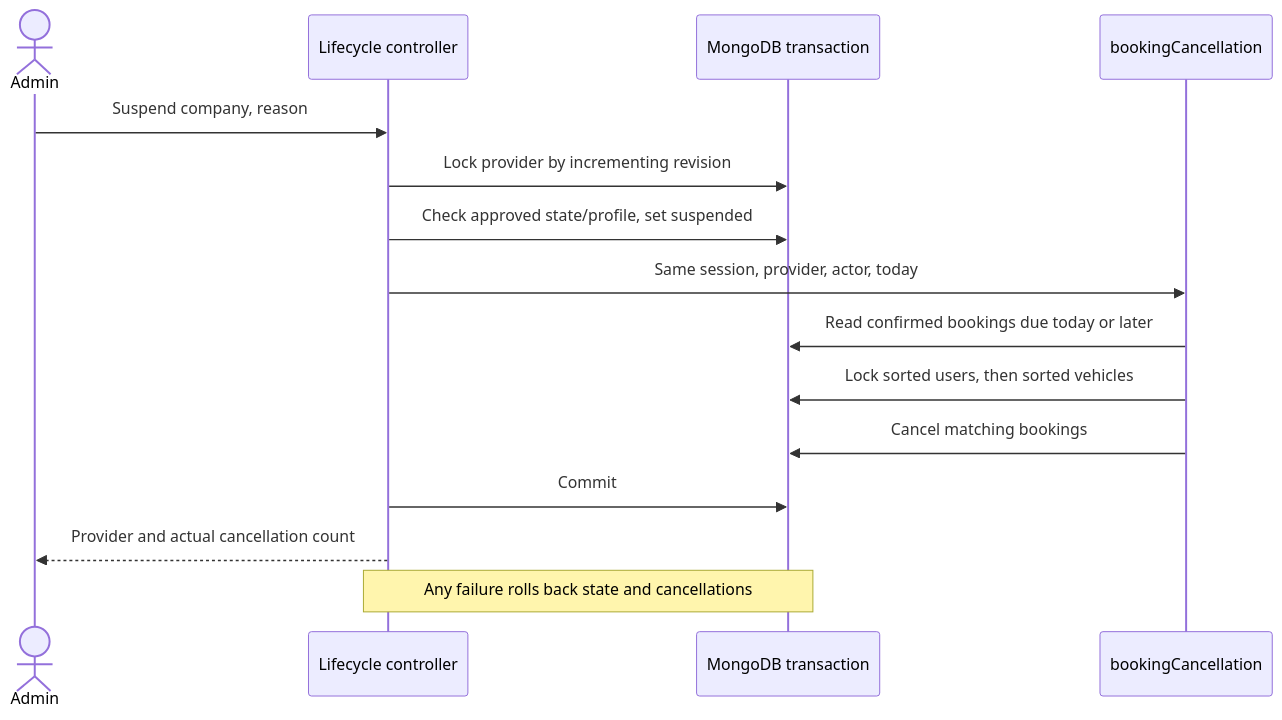
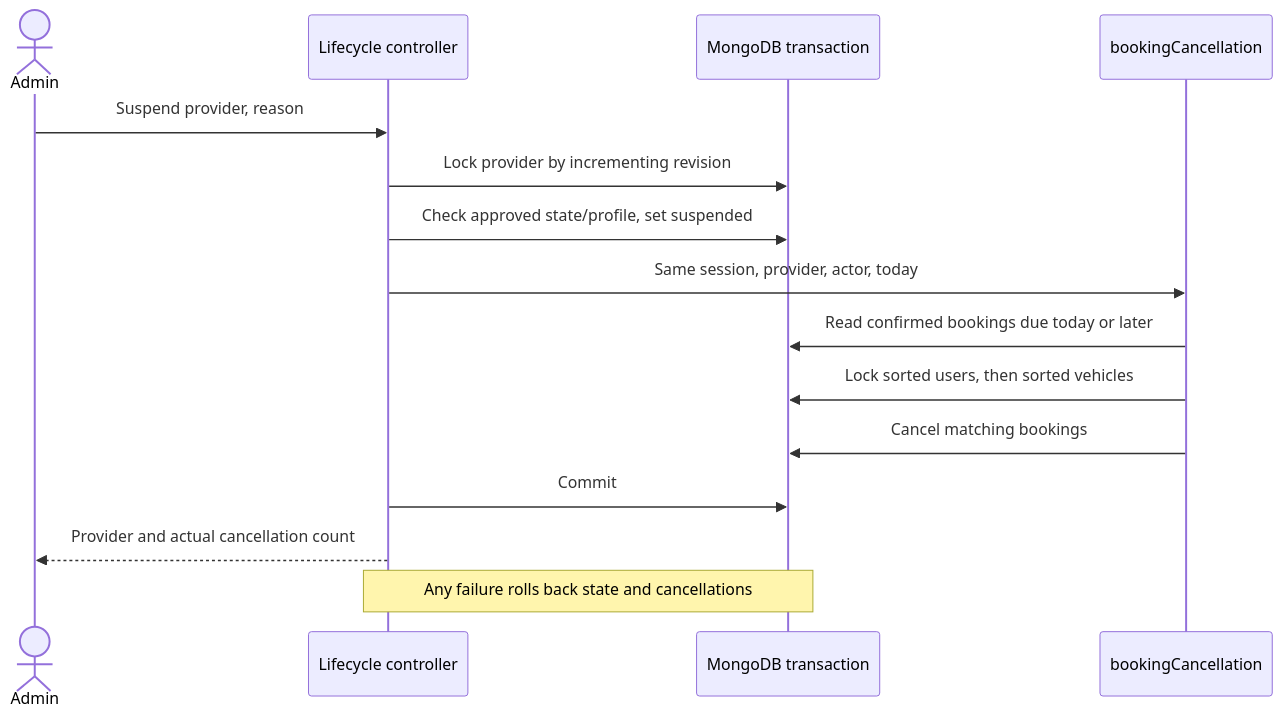
Before and after one commit to kormuyang/swdevprac1-project-dobby: the first of 2 diagrams in docs/diagrams/a03-provider-lifecycle.md, drawn with Mermaid. The commit also changed other lines of this file and 60 other files, not shown here.

````diff
--- a/docs/diagrams/a03-provider-lifecycle.md
+++ b/docs/diagrams/a03-provider-lifecycle.md
@@ -11,17 +11,17 @@
 ```mermaid
 sequenceDiagram
     actor Admin
     participant Controller as Lifecycle controller
     participant DB as MongoDB transaction
     participant Cancel as bookingCancellation
-    Admin->>Controller: Suspend company, reason
+    Admin->>Controller: Suspend provider, reason
     Controller->>DB: Lock provider by incrementing revision
     Controller->>DB: Check approved state/profile, set suspended
     Controller->>Cancel: Same session, provider, actor, today
     Cancel->>DB: Read confirmed bookings due today or later
     Cancel->>DB: Lock sorted users, then sorted vehicles
     Cancel->>DB: Cancel matching bookings
     Controller->>DB: Commit
     Controller-->>Admin: Provider and actual cancellation count
     Note over Controller,DB: Any failure rolls back state and cancellations
 ```
````
